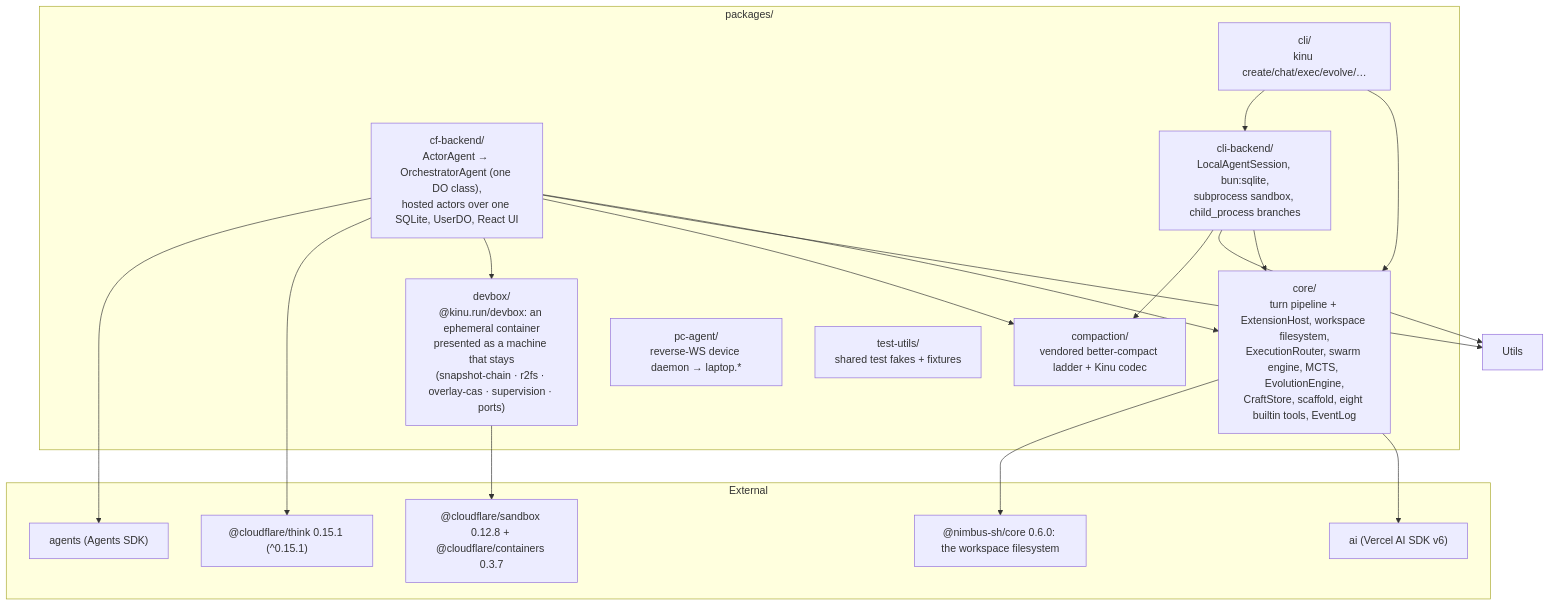
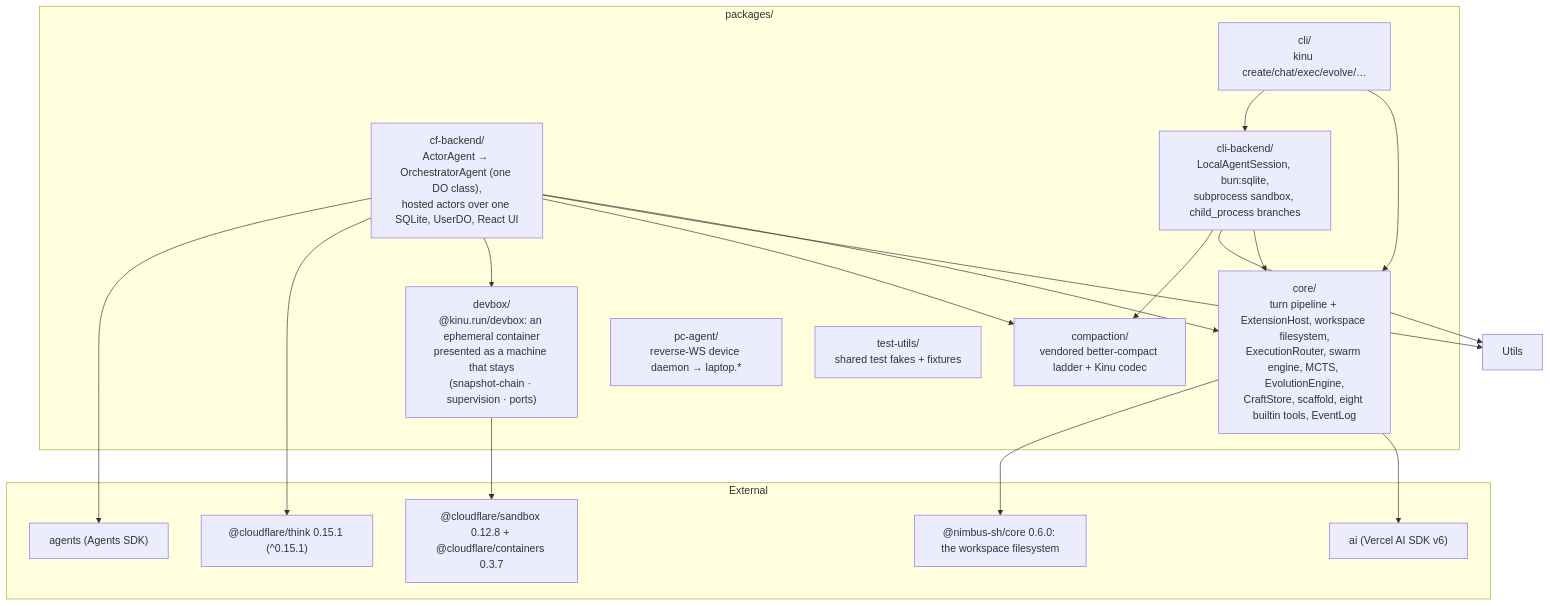
One commit to AshishKumar4/kinu changed the fifth of 5 diagrams in docs/ARCHITECTURE.md. Above: the diagram before and after it, drawn with Mermaid. The commit also changed other lines of this file and 2 other files, not shown here.

````diff
--- a/docs/ARCHITECTURE.md
+++ b/docs/ARCHITECTURE.md
@@ -473,37 +473,37 @@
 ```mermaid
 graph TB
     subgraph pkgs["packages/"]
         Core["core/<br/>turn pipeline + ExtensionHost, workspace filesystem,<br/>ExecutionRouter, swarm engine, MCTS, EvolutionEngine,<br/>CraftStore, scaffold, eight builtin tools, EventLog"]
         CF["cf-backend/<br/>ActorAgent → OrchestratorAgent (one DO class),<br/>hosted actors over one SQLite, UserDO, React UI"]
         Compact["compaction/<br/>vendored better-compact ladder + Kinu codec"]
-        Devbox["devbox/<br/>@kinu.run/devbox: an ephemeral container<br/>presented as a machine that stays<br/>(snapshot-chain · r2fs · overlay-cas · supervision · ports)"]
+        Devbox["devbox/<br/>@kinu.run/devbox: an ephemeral container<br/>presented as a machine that stays<br/>(snapshot-chain · supervision · ports)"]
         CLI["cli/<br/>kinu create/chat/exec/evolve/…"]
         CLIB["cli-backend/<br/>LocalAgentSession, bun:sqlite,<br/>subprocess sandbox, child_process branches"]
         PC["pc-agent/<br/>reverse-WS device daemon → laptop.*"]
         TU["test-utils/<br/>shared test fakes + fixtures"]
     end
 
     CF --> Core
     CF --> Utils
     CF --> Compact
     CF --> Devbox
     CLI --> Core
     CLI --> CLIB
     CLIB --> Core
     CLIB --> Utils
     CLIB --> Compact
 
     subgraph ext["External"]
         Think["@cloudflare/think 0.15.1 (^0.15.1)"]
         Agents["agents (Agents SDK)"]
         AISDK["ai (Vercel AI SDK v6)"]
         Nimbus["@nimbus-sh/core 0.6.0: the workspace filesystem"]
         Sandbox["@cloudflare/sandbox 0.12.8 + @cloudflare/containers 0.3.7"]
     end
 
     CF --> Think
     CF --> Agents
     Core --> AISDK
     Core --> Nimbus
     Devbox --> Sandbox
 ```
````
